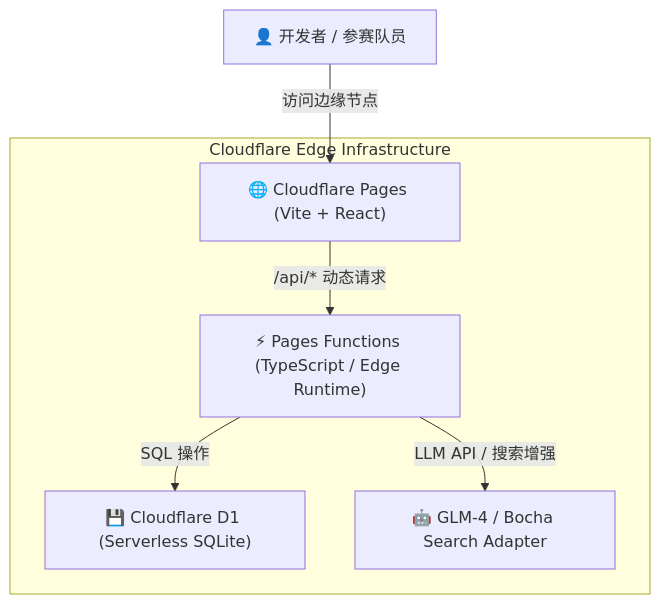
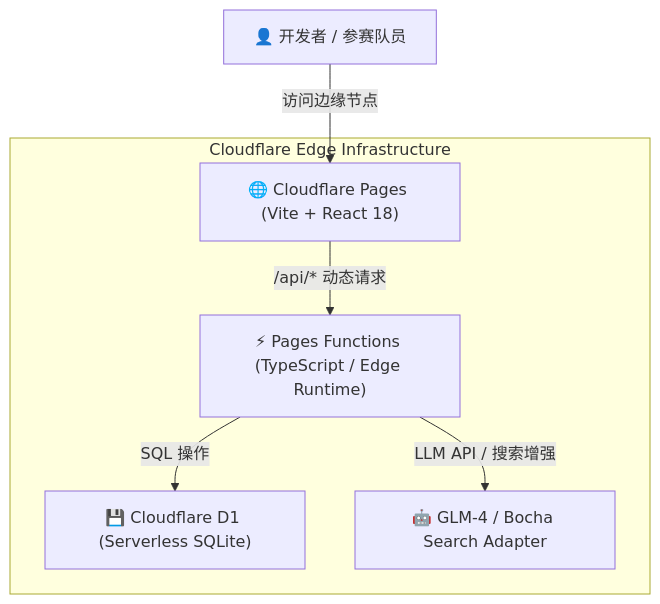
One commit to Evan-Joseph/competition-mission-control changed the diagram in README.md. Above: the diagram before and after it, drawn with Mermaid. The commit also changed other lines of this file, not shown here.

````diff
--- a/README.md
+++ b/README.md
@@ -52,10 +52,10 @@
 ```mermaid
 graph TD
-    User["👤 开发者 / 参赛队员"] -->|访问边缘节点| Pages["🌐 Cloudflare Pages (Vite + React)"]
+    User["👤 开发者 / 参赛队员"] -->|访问边缘节点| Pages["🌐 Cloudflare Pages (Vite + React 18)"]
     
     subgraph Cloudflare Edge Infrastructure
       Pages -->|/api/* 动态请求| Functions["⚡ Pages Functions (TypeScript / Edge Runtime)"]
       Functions -->|SQL 操作| D1["💾 Cloudflare D1 (Serverless SQLite)"]
       Functions -->|LLM API / 搜索增强| AI["🤖 GLM-4 / Bocha Search Adapter"]
     end
 ```
````
